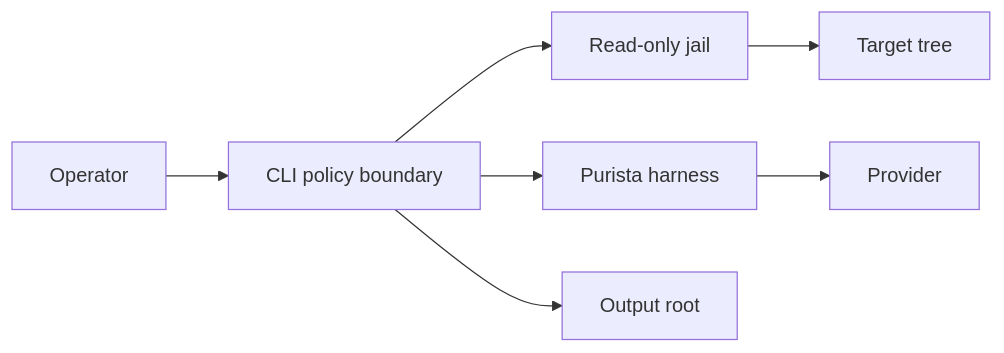
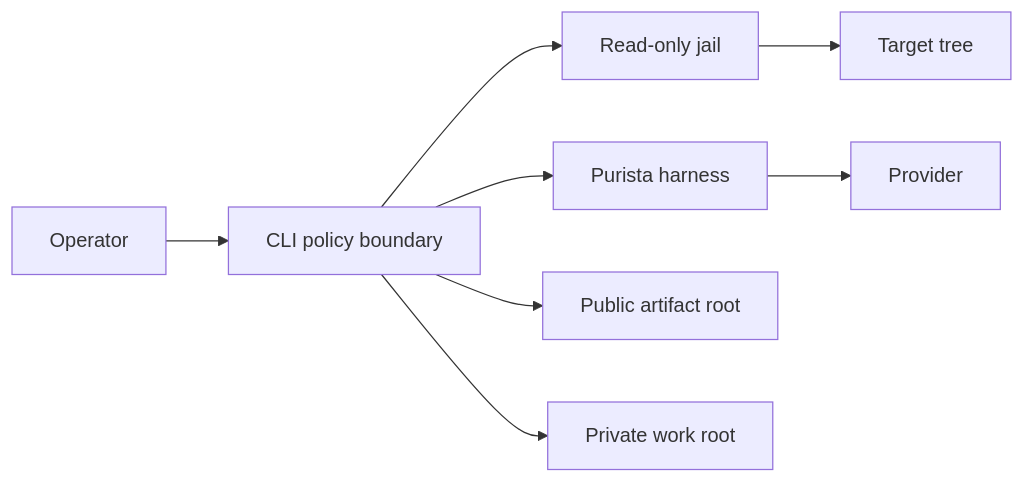
The diagram in specs/05-security/01-security-model.md (sebastianwessel/audit), drawn with Mermaid before and after one commit. The commit also changed other lines of this file and 2199 other files, not shown here.

Commit message:
refactor: establish audit architecture baseline

```diff
--- a/specs/05-security/01-security-model.md
+++ b/specs/05-security/01-security-model.md
@@ -5,9 +5,10 @@
 ~~~mermaid
 flowchart LR
   O[Operator] --> C[CLI policy boundary]
   C --> J[Read-only jail]
   J --> T[Target tree]
   C --> H[Purista harness]
   H --> M[Provider]
-  C --> W[Output root]
+  C --> P[Public artifact root]
+  C --> W[Private work root]
 ~~~
```
